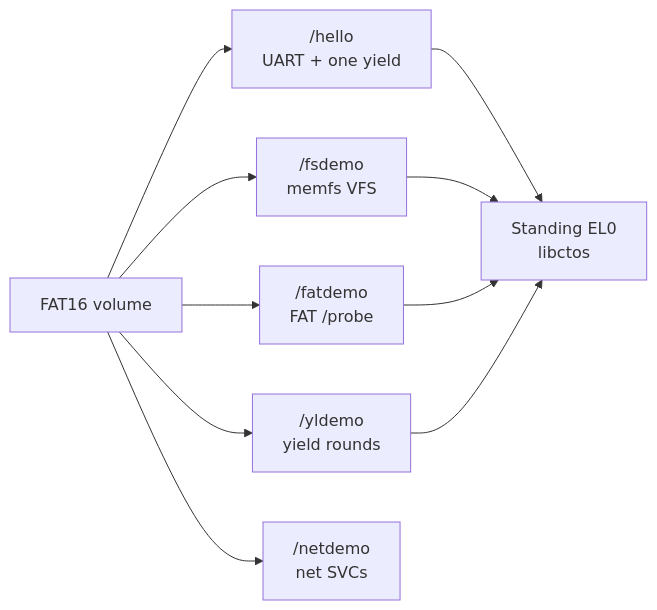
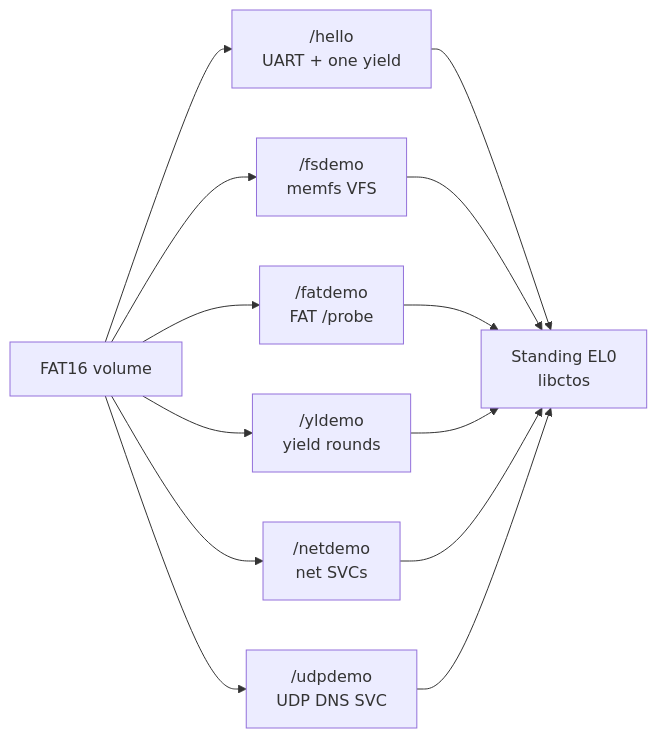
Before and after one commit to artofdream/ctos: the first of 4 diagrams in docs/overview/what-can-run.md, drawn with Mermaid. The commit also changed other lines of this file and 33 other files, not shown here.

First line of the commit message:
feat: N3.x EL0 UDP DNS SVC + udp-libctos (ADR-071)

````diff
--- a/docs/overview/what-can-run.md
+++ b/docs/overview/what-can-run.md
@@ -13,12 +13,15 @@
 ```mermaid
 flowchart LR
   FAT["FAT16 volume"] --> H["/hello<br/>UART + one yield"]
   FAT --> F["/fsdemo<br/>memfs VFS"]
   FAT --> D["/fatdemo<br/>FAT /probe"]
   FAT --> Y["/yldemo<br/>yield rounds"]
   FAT --> N["/netdemo<br/>net SVCs"]
+  FAT --> U["/udpdemo<br/>UDP DNS SVC"]
   H --> EL0["Standing EL0<br/>libctos"]
   F --> EL0
   D --> EL0
   Y --> EL0
+  N --> EL0
+  U --> EL0
 ```
````
